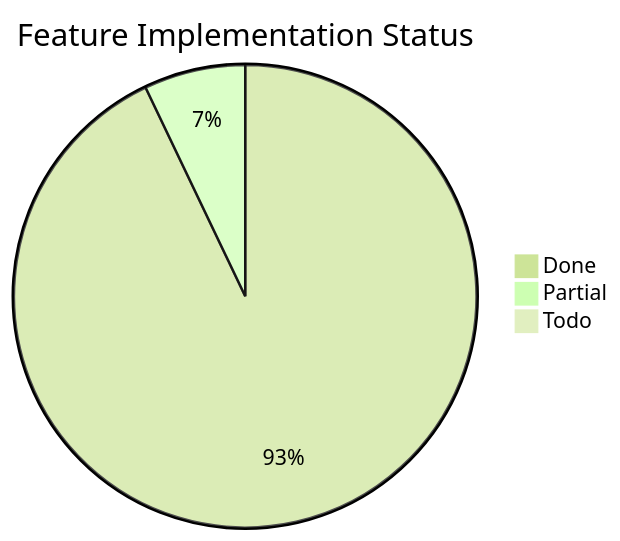
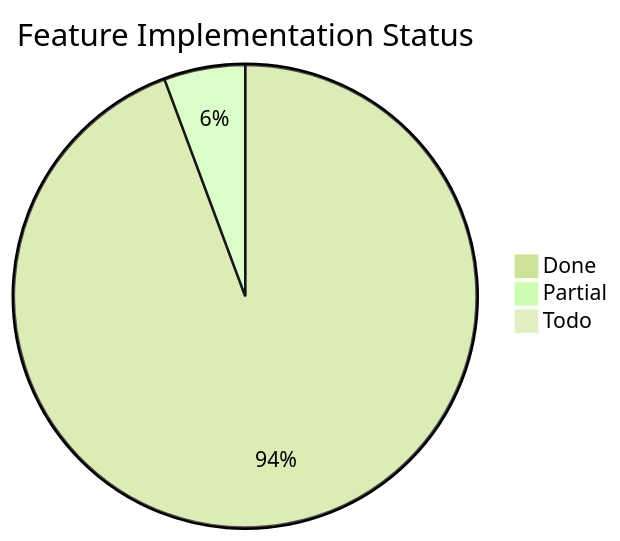
Before and after one commit to Papyrine/Morph: the third of 3 diagrams in docs/word-features.md, drawn with Mermaid (forest theme). The commit also changed other lines of this file and 9 other files, not shown here.

````diff
--- a/docs/word-features.md
+++ b/docs/word-features.md
@@ -1950,6 +1950,6 @@
 ```mermaid
 pie title Feature Implementation Status
-    "Done" : 131
-    "Partial" : 10
+    "Done" : 133
+    "Partial" : 8
     "Todo" : 0
 ```
````
